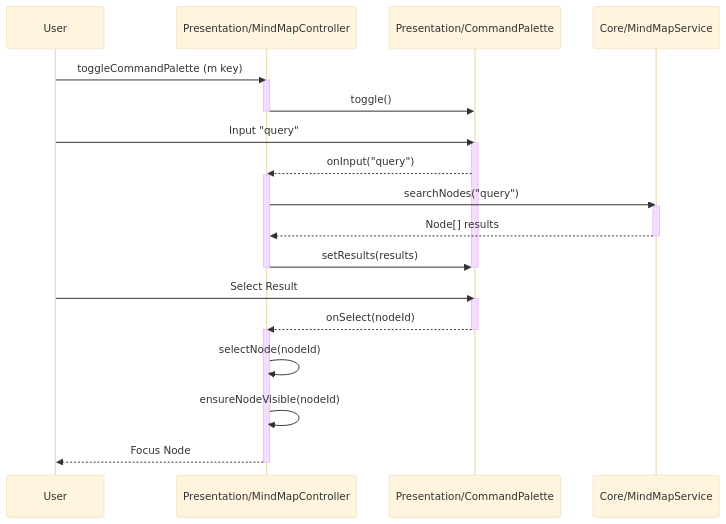
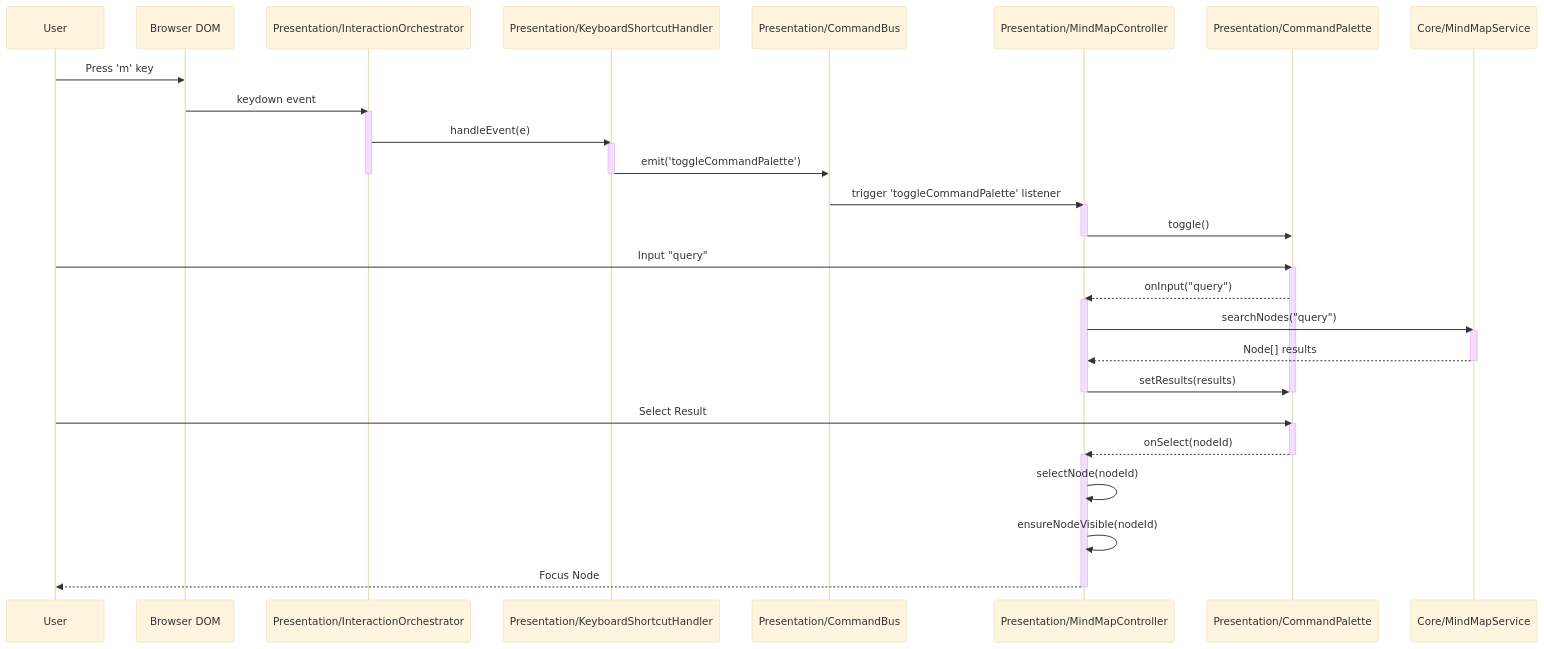
The sixth of 7 diagrams in docs/SOFTWARE_ARCHITECTURE_ja.md (hiroooo000/kakidash), drawn with Mermaid (base theme) before and after one commit. The commit also changed other lines of this file and 17 other files, not shown here.

First line of the commit message:
refactor(interaction): Implement InteractionOrchestrator and CommandBus

````diff
--- a/docs/SOFTWARE_ARCHITECTURE_ja.md
+++ b/docs/SOFTWARE_ARCHITECTURE_ja.md
@@ -334,37 +370,50 @@
 ```mermaid
 sequenceDiagram
     participant User
+    participant DOM as Browser DOM
+    participant Orch as Presentation/InteractionOrchestrator
+    participant Handler as Presentation/KeyboardShortcutHandler
+    participant Bus as Presentation/CommandBus
     participant Controller as Presentation/MindMapController
     participant Palette as Presentation/CommandPalette
     participant Service as Core/MindMapService
 
-    User->>Controller: toggleCommandPalette (m key)
+    User->>DOM: Press 'm' key
+    DOM->>Orch: keydown event
+    activate Orch
+    Orch->>Handler: handleEvent(e)
+    activate Handler
+    Handler->>Bus: emit('toggleCommandPalette')
+    deactivate Handler
+    deactivate Orch
+    
+    Bus->>Controller: trigger 'toggleCommandPalette' listener
     activate Controller
     Controller->>Palette: toggle()
     deactivate Controller
 
     User->>Palette: Input "query"
     activate Palette
     Palette-->>Controller: onInput("query")
     activate Controller
 
     Controller->>Service: searchNodes("query")
     activate Service
     Service-->>Controller: Node[] results
     deactivate Service
 
     Controller->>Palette: setResults(results)
     deactivate Controller
     deactivate Palette
 
     User->>Palette: Select Result
     activate Palette
     Palette-->>Controller: onSelect(nodeId)
     deactivate Palette
     activate Controller
 
     Controller->>Controller: selectNode(nodeId)
     Controller->>Controller: ensureNodeVisible(nodeId)
     Controller-->>User: Focus Node
     deactivate Controller
 ```
````
